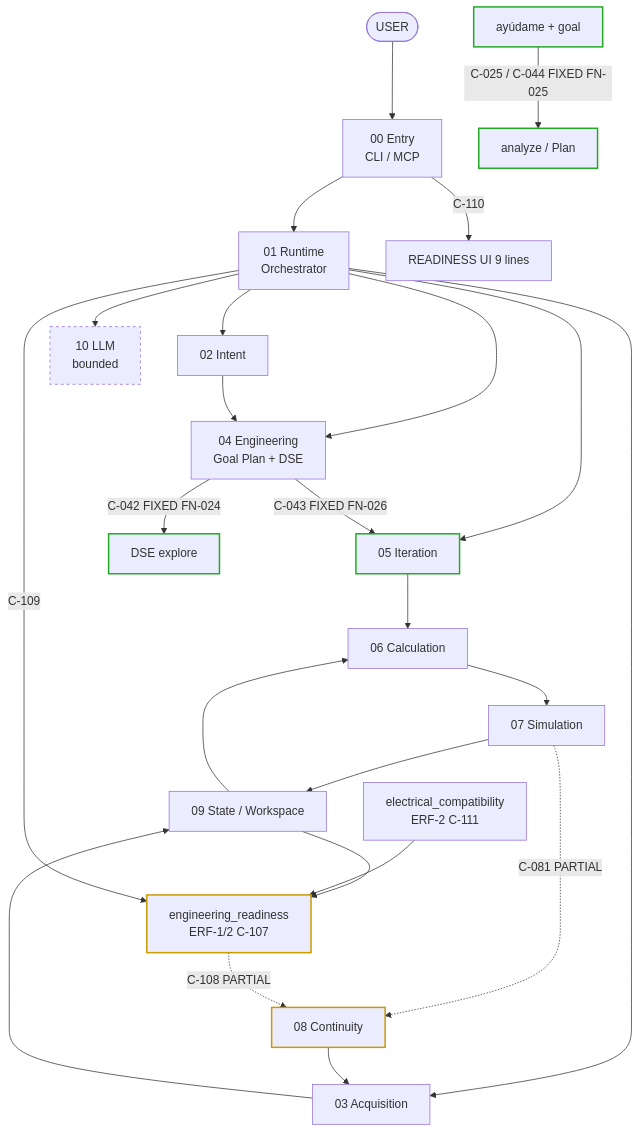
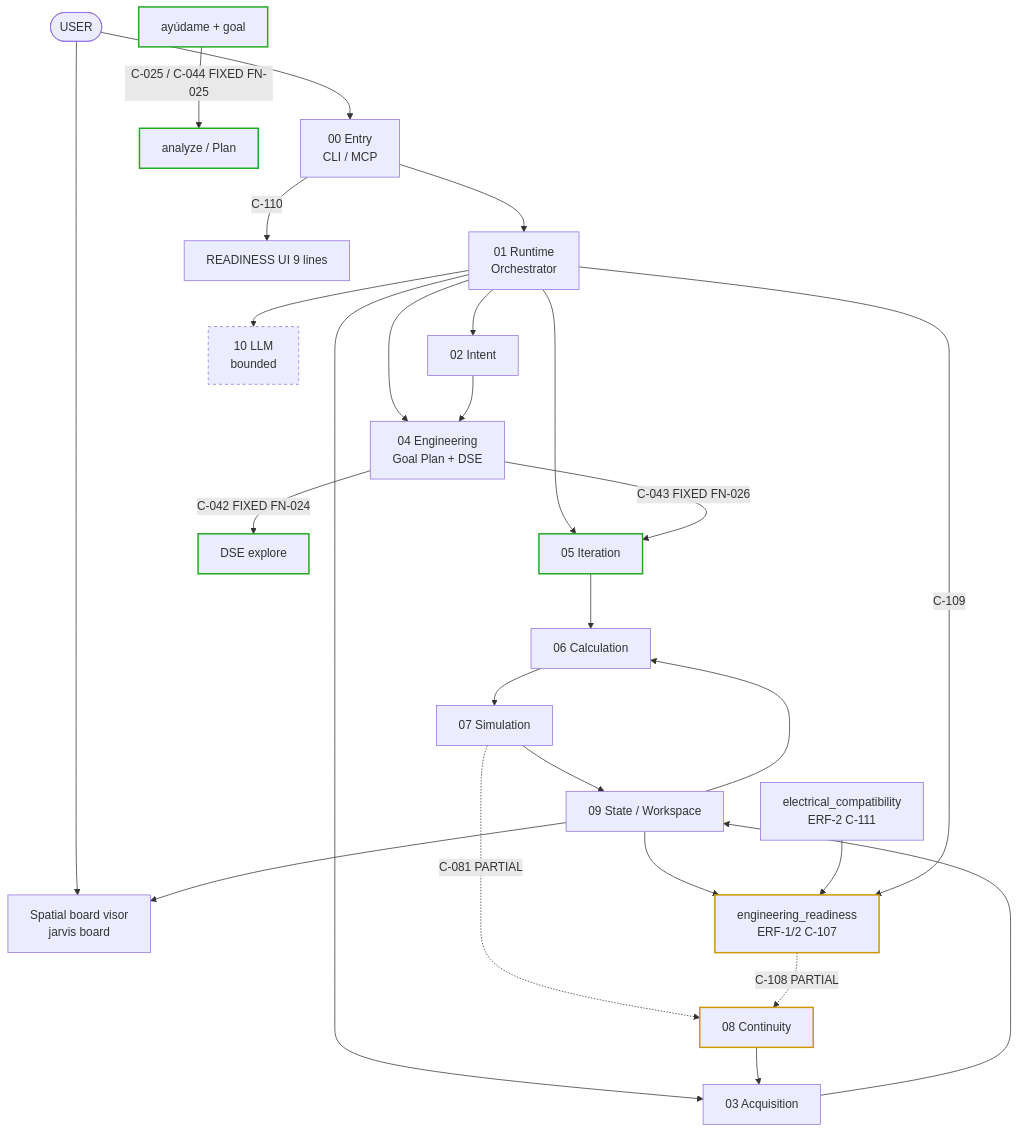
The diagram in docs/system_map/DIAGRAMS.md (mcuestamunoz/Jarvis), drawn with Mermaid before and after one commit. The commit also changed other lines of this file and 52 other files, not shown here.

````diff
--- a/docs/system_map/DIAGRAMS.md
+++ b/docs/system_map/DIAGRAMS.md
@@ -57,37 +59,39 @@
 ```mermaid
 flowchart TB
   USER([USER]) --> ENTRY[00 Entry<br/>CLI / MCP]
+  USER --> BOARD[Spatial board visor<br/>jarvis board]
   ENTRY --> RT[01 Runtime<br/>Orchestrator]
 
   RT --> INTENT[02 Intent]
   RT --> ACQ[03 Acquisition]
   RT --> ENG[04 Engineering<br/>Goal Plan + DSE]
   RT --> ITER[05 Iteration]
   RT --> LLM[10 LLM<br/>bounded]
 
   INTENT --> ENG
   ENG -->|C-042 FIXED FN-024| DSE[DSE explore]
   ENG -->|C-043 FIXED FN-026| ITER
   HELP[ayúdame + goal] -->|C-025 / C-044 FIXED FN-025| ANALYZE[analyze / Plan]
 
   ITER --> CALC[06 Calculation]
   CALC --> SIM[07 Simulation]
   SIM --> STATE[09 State / Workspace]
   SIM -.->|C-081 PARTIAL| CONT[08 Continuity]
   STATE --> READ[engineering_readiness<br/>ERF-1/2 C-107]
   ELEC[electrical_compatibility<br/>ERF-2 C-111] --> READ
   READ -.->|C-108 PARTIAL| CONT
   RT -->|C-109| READ
   ENTRY -->|C-110| READ_UI[READINESS UI 9 lines]
   ACQ --> STATE
   CONT --> ACQ
   STATE --> CALC
+  STATE --> BOARD
 
   classDef broken stroke:#c44,stroke-width:2px,stroke-dasharray: 5 3;
   classDef partial stroke:#c90,stroke-width:2px;
   classDef fixed stroke:#2a2,stroke-width:2px;
   classDef llm stroke-dasharray: 4 4;
   class DSE,ANALYZE,HELP,ITER fixed;
   class CONT,READ partial;
   class LLM llm;
 ```
````
